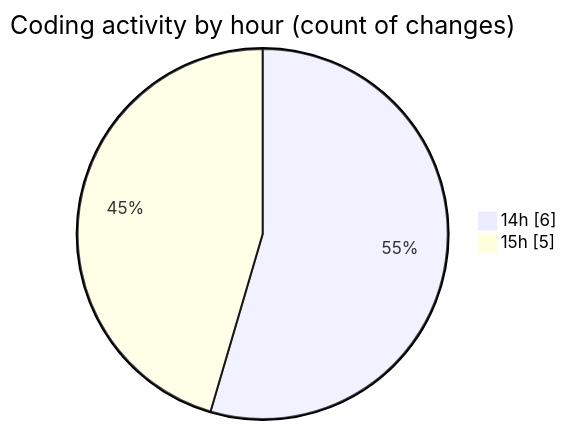
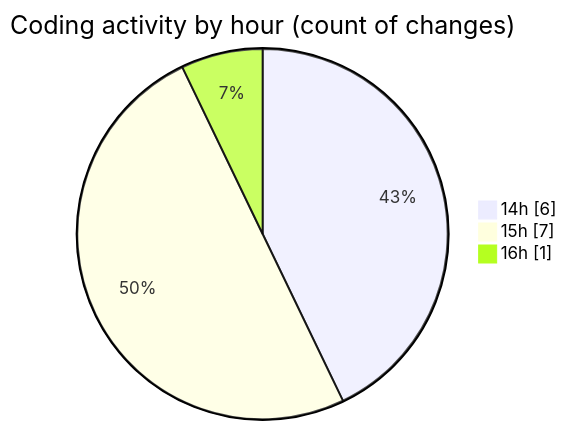
Before and after one commit to igalym/code-tracking: the second of 2 diagrams in 2026-03-30/cinema/README.md, drawn with Mermaid. The commit also changed other lines of this file and 1 other file, not shown here.

````diff
--- a/2026-03-30/cinema/README.md
+++ b/2026-03-30/cinema/README.md
@@ -30,6 +31,7 @@
 ```mermaid
 pie showData
 title Coding activity by hour (count of changes)
 "14h" : 6
-"15h" : 5
+"15h" : 7
+"16h" : 1
 ```
````
